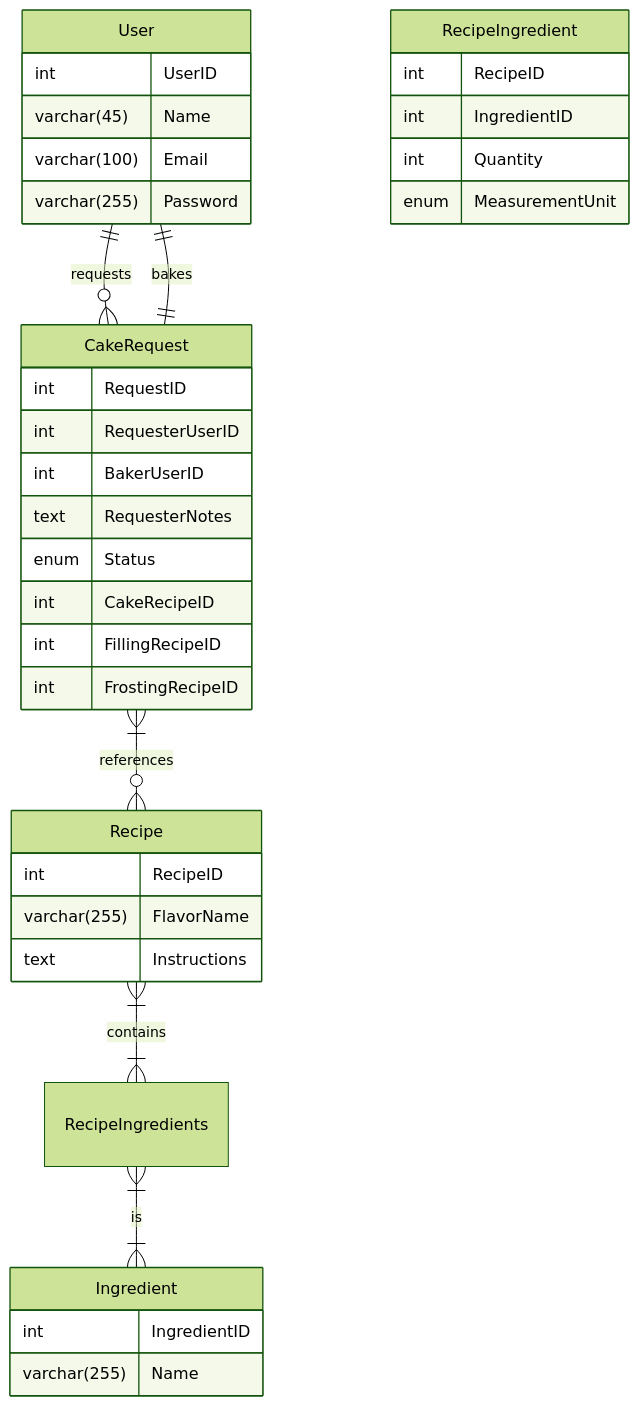
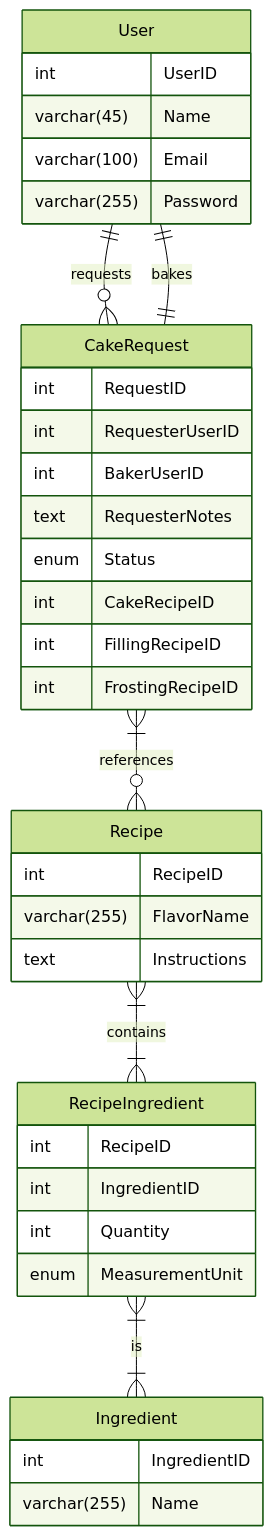
The second of 2 diagrams in README.md (shoshannaTM/CakeQuest.springboot), drawn with Mermaid (forest theme) before and after one commit.

Commit message:
Update README.md fixed ERD edits

````diff
--- a/README.md
+++ b/README.md
@@ -42,41 +42,41 @@
 ```mermaid
 erDiagram
     User {
         int UserID
         varchar(45) Name
         varchar(100) Email
         varchar(255) Password
     }
     CakeRequest {
         int RequestID
         int RequesterUserID
         int BakerUserID
         text RequesterNotes
         enum Status
         int CakeRecipeID
         int FillingRecipeID
         int FrostingRecipeID
     }
     Recipe {
         int RecipeID
         varchar(255) FlavorName
         text Instructions
     }
     RecipeIngredient {
         int RecipeID
         int IngredientID
         int Quantity
         enum MeasurementUnit
     }
     Ingredient {
         int IngredientID
         varchar(255) Name
     }
  
 
     User ||--o{ CakeRequest : requests
     CakeRequest ||--|| User : bakes
     CakeRequest }|--o{ Recipe : references
-    Recipe }|--|{ RecipeIngredients : contains
-    RecipeIngredients }|--|{ Ingredient : is
+    Recipe }|--|{ RecipeIngredient : contains
+    RecipeIngredient }|--|{ Ingredient : is
 ```
````
